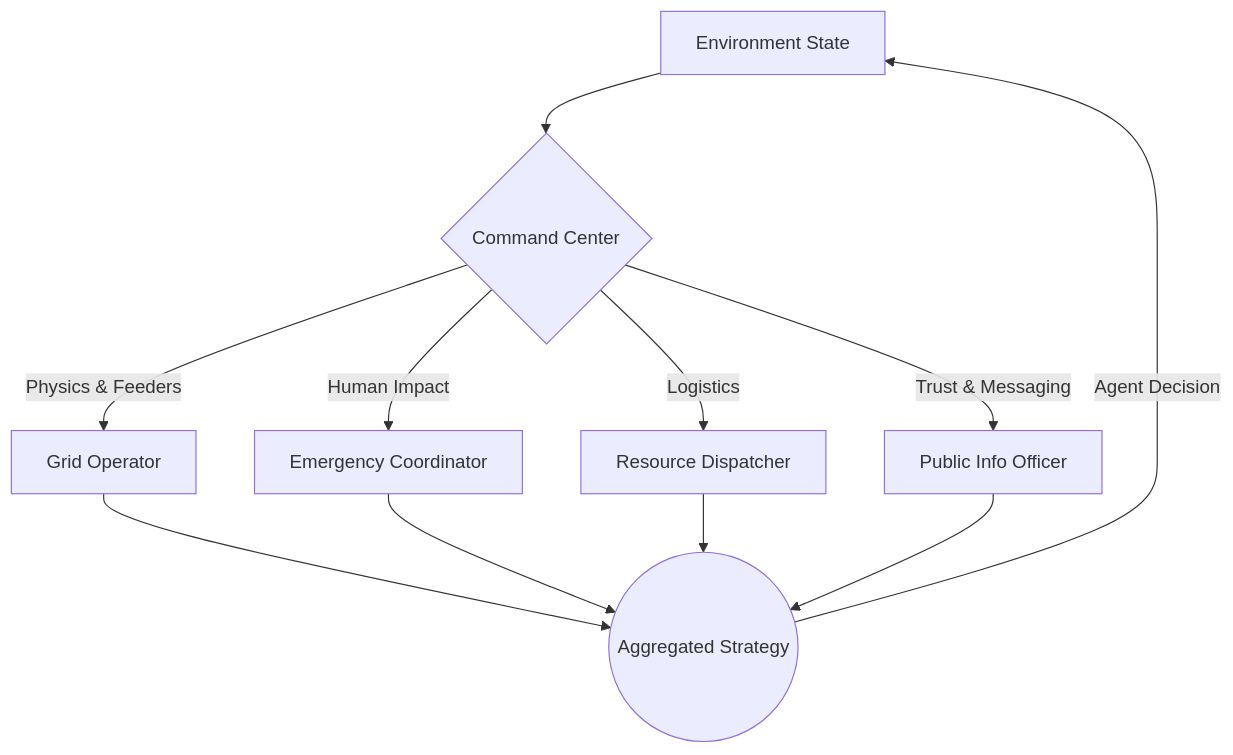
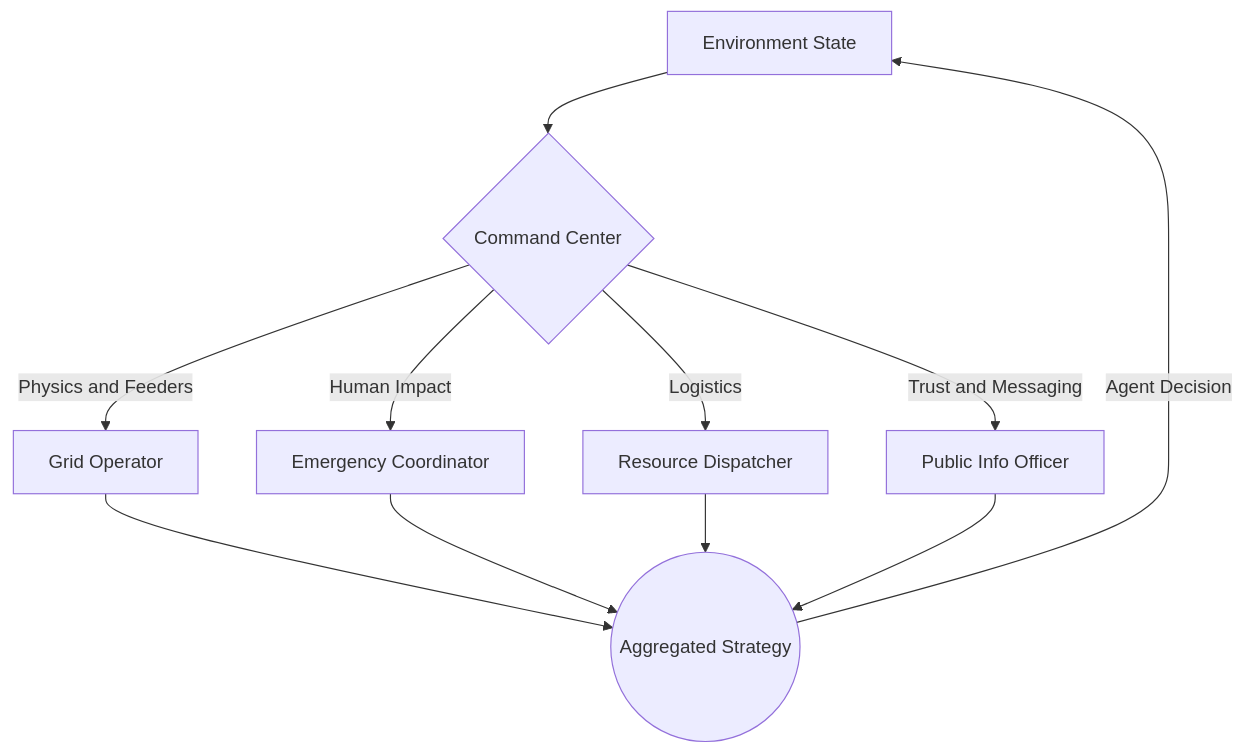
Before and after one commit to Ankitpatil944/blackout-city: the first of 2 diagrams in README.md, drawn with Mermaid. The commit also changed other lines of this file, not shown here.

````diff
--- a/README.md
+++ b/README.md
@@ -25,16 +25,16 @@
 ```mermaid
 graph TD
     A[Environment State] --> B{Command Center}
     
-    B -->|Physics & Feeders| C[Grid Operator]
+    B -->|Physics and Feeders| C[Grid Operator]
     B -->|Human Impact| D[Emergency Coordinator]
     B -->|Logistics| E[Resource Dispatcher]
-    B -->|Trust & Messaging| F[Public Info Officer]
+    B -->|Trust and Messaging| F[Public Info Officer]
     
     C --> G
     D --> G
     E --> G
     F --> G
     
     G((Aggregated Strategy)) -->|Agent Decision| A
 ```
````
